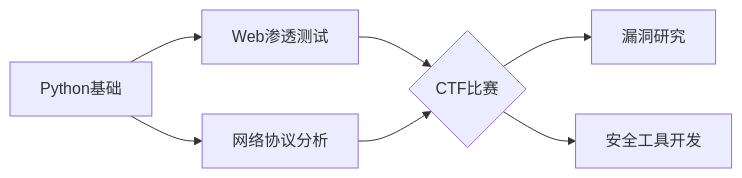
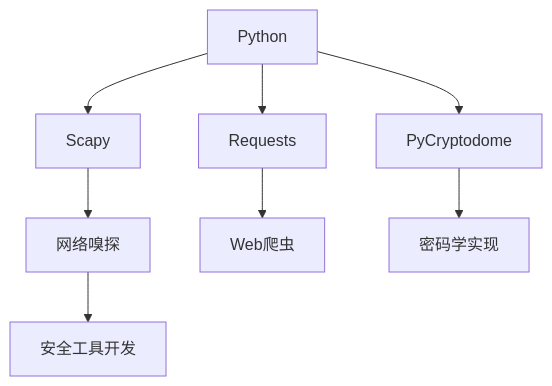
Before and after one commit to YUHang-Y/YUHang-Y: the first of 2 diagrams in README.md, drawn with Mermaid. The commit also changed other lines of this file, not shown here.

````diff
--- a/README.md
+++ b/README.md
@@ -31,9 +18,10 @@
 ```mermaid
-graph LR
-    A[Python基础] --> B[Web渗透测试]
-    A --> C[网络协议分析]
-    B --> D{CTF比赛}
-    C --> D
-    D --> E[漏洞研究]
-    D --> F[安全工具开发]
+graph TD
+    A[Python] --> B[Scapy]
+    A --> C[Requests]
+    A --> D[PyCryptodome]
+    B --> E[网络嗅探]
+    C --> F[Web爬虫]
+    D --> G[密码学实现]
+    E --> H[安全工具开发]
 ```
````
